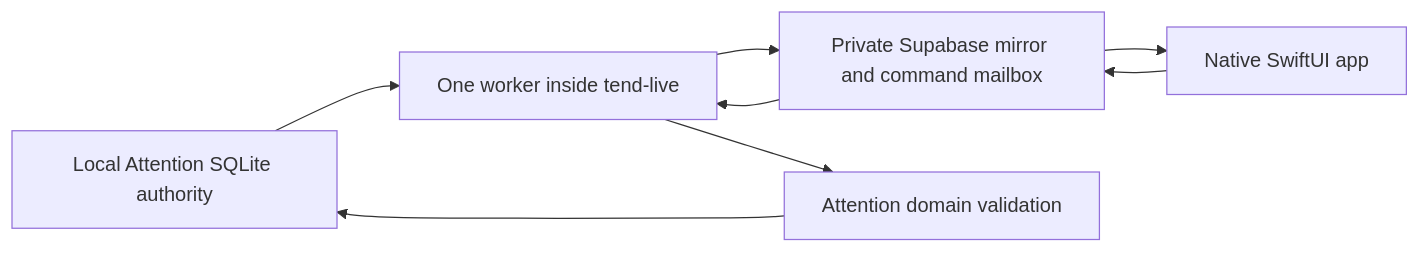
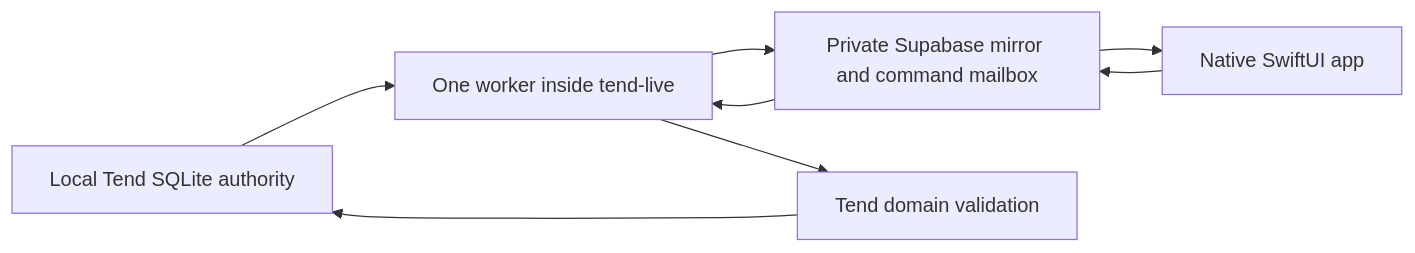
Before and after one commit to EveryInc/tend: the diagram in docs/IOS.md, drawn with Mermaid. The commit also changed other lines of this file and 39 other files, not shown here.

````diff
--- a/docs/IOS.md
+++ b/docs/IOS.md
@@ -9,10 +9,10 @@
 ```mermaid
 flowchart LR
-  SQLite["Local Attention SQLite authority"] --> Worker["One worker inside tend-live"]
+  SQLite["Local Tend SQLite authority"] --> Worker["One worker inside tend-live"]
   Worker --> Supabase["Private Supabase mirror and command mailbox"]
   Supabase --> Phone["Native SwiftUI app"]
   Phone --> Supabase
   Supabase --> Worker
-  Worker --> Domain["Attention domain validation"]
+  Worker --> Domain["Tend domain validation"]
   Domain --> SQLite
 ```
````
